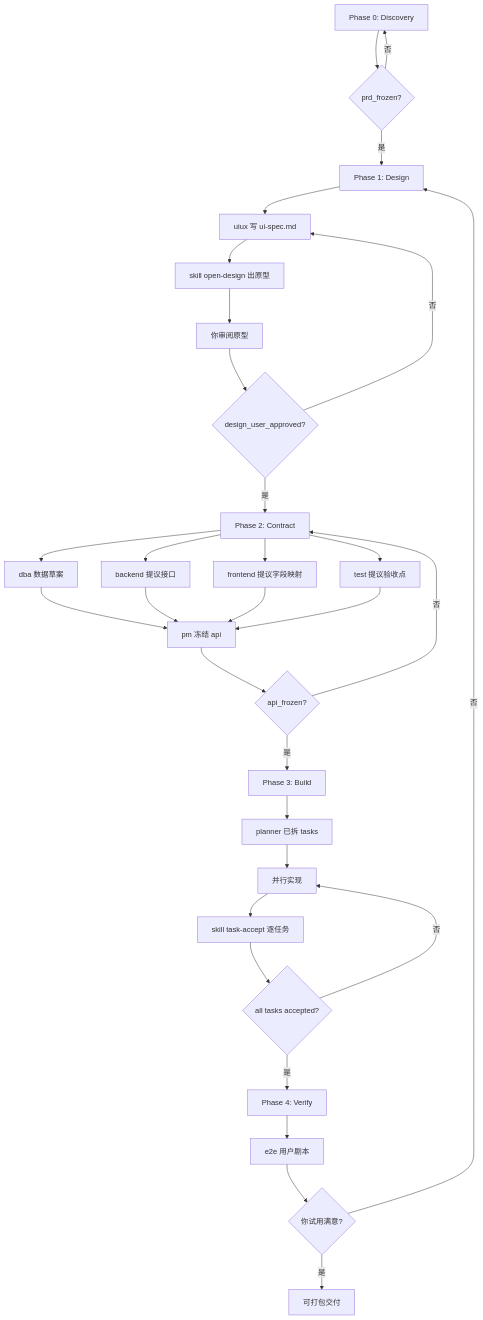
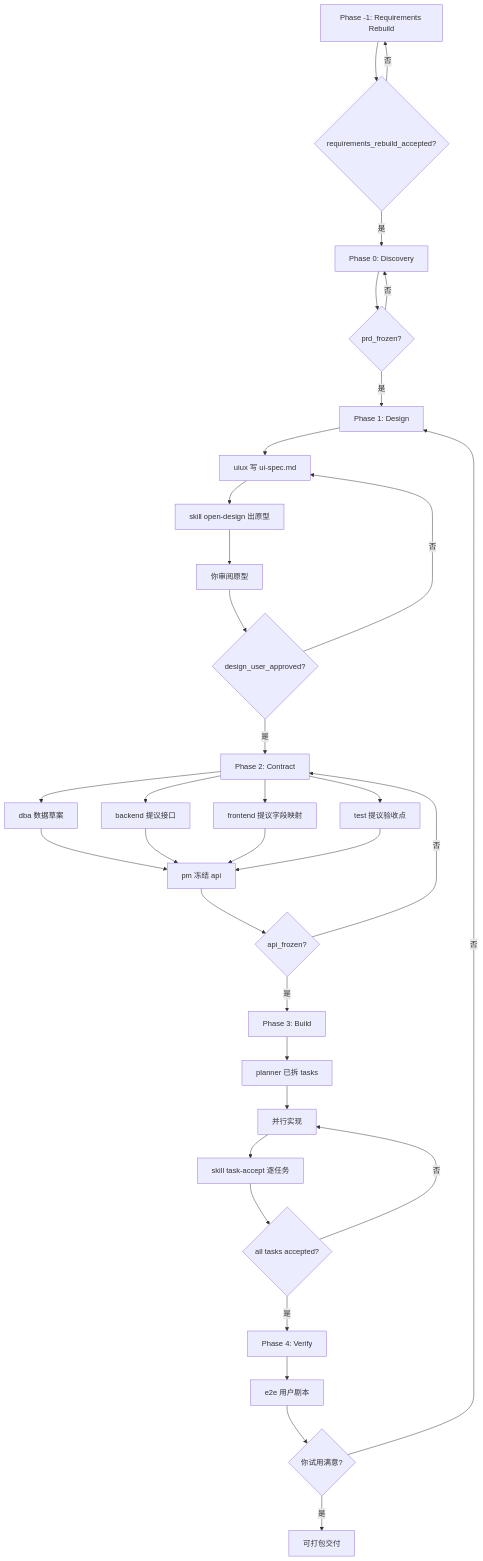
The diagram in .cursor/architecture/work-graph.md (ceshi20160607/examine2), drawn with Mermaid before and after one commit. The commit also changed other lines of this file and 37 other files, not shown here.

````diff
--- a/.cursor/architecture/work-graph.md
+++ b/.cursor/architecture/work-graph.md
@@ -5,33 +5,36 @@
 ```mermaid
 flowchart TD
-    A[Phase 0: Discovery] --> B{prd_frozen?}
+    Z[Phase -1: Requirements Rebuild] --> ZA{requirements_rebuild_accepted?}
+    ZA -->|否| Z
+    ZA -->|是| A[Phase 0: Discovery]
+    A --> B{prd_frozen?}
     B -->|否| A
     B -->|是| C[Phase 1: Design]
     C --> D[uiux 写 ui-spec.md]
     D --> E[skill open-design 出原型]
     E --> F[你审阅原型]
     F --> G{design_user_approved?}
     G -->|否| D
     G -->|是| H[Phase 2: Contract]
     H --> I[dba 数据草案]
     H --> J[backend 提议接口]
     H --> K[frontend 提议字段映射]
     H --> L[test 提议验收点]
     I --> M[pm 冻结 api]
     J --> M
     K --> M
     L --> M
     M --> N{api_frozen?}
     N -->|否| H
     N -->|是| O[Phase 3: Build]
     O --> P[planner 已拆 tasks]
     P --> Q[并行实现]
     Q --> R[skill task-accept 逐任务]
     R --> S{all tasks accepted?}
     S -->|否| Q
     S -->|是| T[Phase 4: Verify]
     T --> U[e2e 用户剧本]
     U --> V{你试用满意?}
     V -->|否| C
     V -->|是| W[可打包交付]
 ```
````
